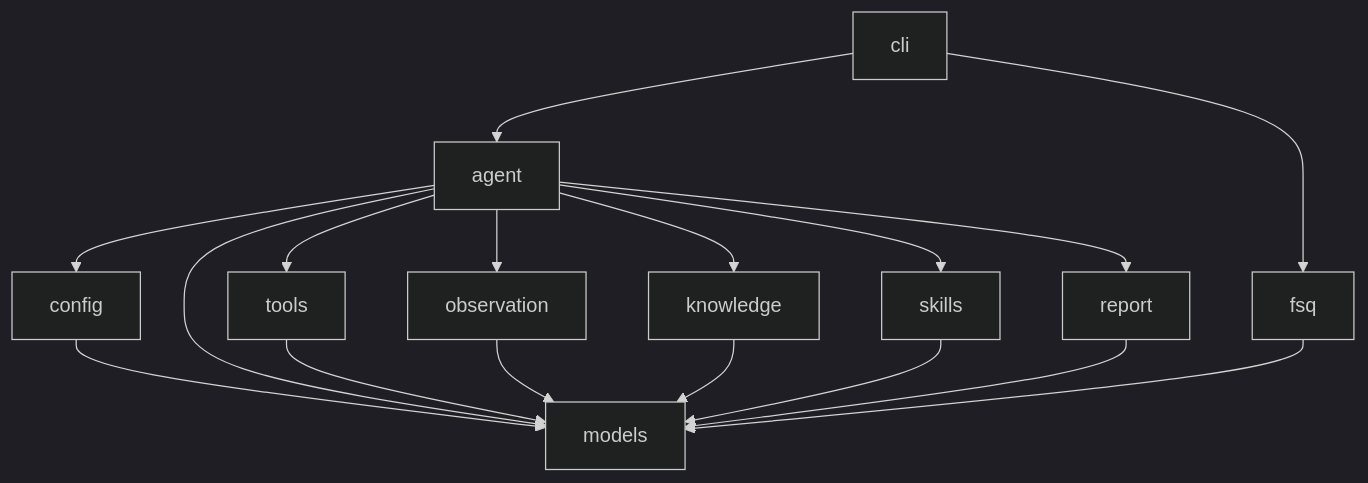
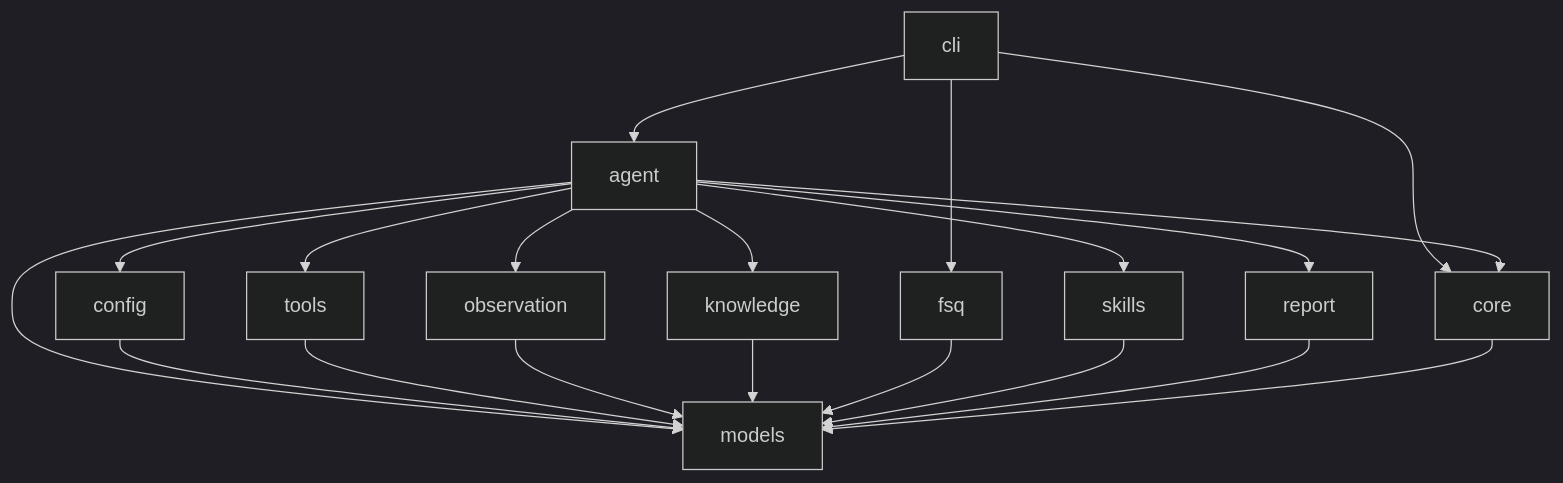
One commit to FSQ-lab/FSQ-Agent changed the diagram in SPEC.md. Above: the diagram before and after it, drawn with Mermaid (dark theme). The commit also changed other lines of this file and 1 other file, not shown here.

Commit message:
fix merge confict

````diff
--- a/SPEC.md
+++ b/SPEC.md
@@ -35,19 +36,22 @@
 ```mermaid
 flowchart TD
     CLI[cli] --> Agent[agent]
+    CLI --> Core[core]
     CLI --> FSQ[fsq]
+    Agent --> Core[core]
     Agent --> Config[config]
     Agent --> Models[models]
     Agent --> Tools[tools]
     Agent --> Observation[observation]
     Agent --> Knowledge[knowledge]
     Agent --> Skills[skills]
     Agent --> Report[report]
     Config --> Models
     Tools --> Models
     Observation --> Models
     Knowledge --> Models
     FSQ --> Models
     Skills --> Models
     Report --> Models
+    Core --> Models
 ```
````
